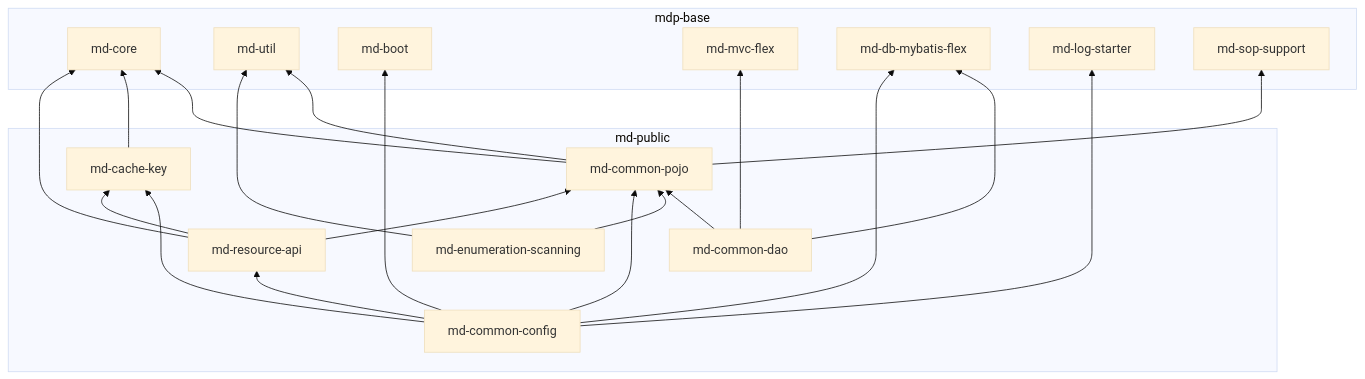
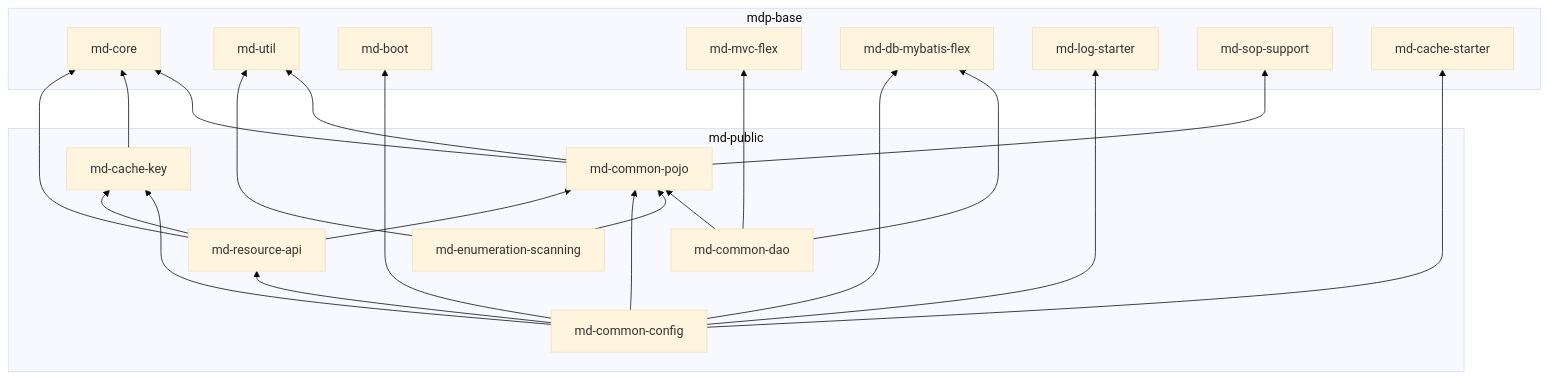
Before and after one commit to henhen6/mdp-docs: the diagram in src/doc/source/md-public/README.md, drawn with Mermaid (base theme). The commit also changed 10 other files, not shown here.

````diff
--- a/src/doc/source/md-public/README.md
+++ b/src/doc/source/md-public/README.md
@@ -35,39 +35,41 @@
 ```mermaid
 flowchart BT
     subgraph md-public
         pojo[md-common-pojo]
         dao[md-common-dao]
         config[md-common-config]
         ck[md-cache-key]
         enum[md-enumeration-scanning]
         rapi[md-resource-api]
     end
     subgraph mdp-base
         core[md-core]
         util[md-util]
         boot[md-boot]
         mvcflex[md-mvc-flex]
         dbflex[md-db-mybatis-flex]
         log[md-log-starter]
         sop[md-sop-support]
+        cachestarter[md-cache-starter]
     end
 
     pojo --> core
     pojo --> util
     pojo --> sop
     dao --> pojo
     dao --> mvcflex
     dao --> dbflex
     ck --> core
     enum --> pojo
     enum --> util
     config --> pojo
     config --> ck
     config --> boot
     config --> log
     config --> dbflex
+    config --> cachestarter
     config --> rapi
     rapi --> core
     rapi --> pojo
     rapi --> ck
 ```
````
